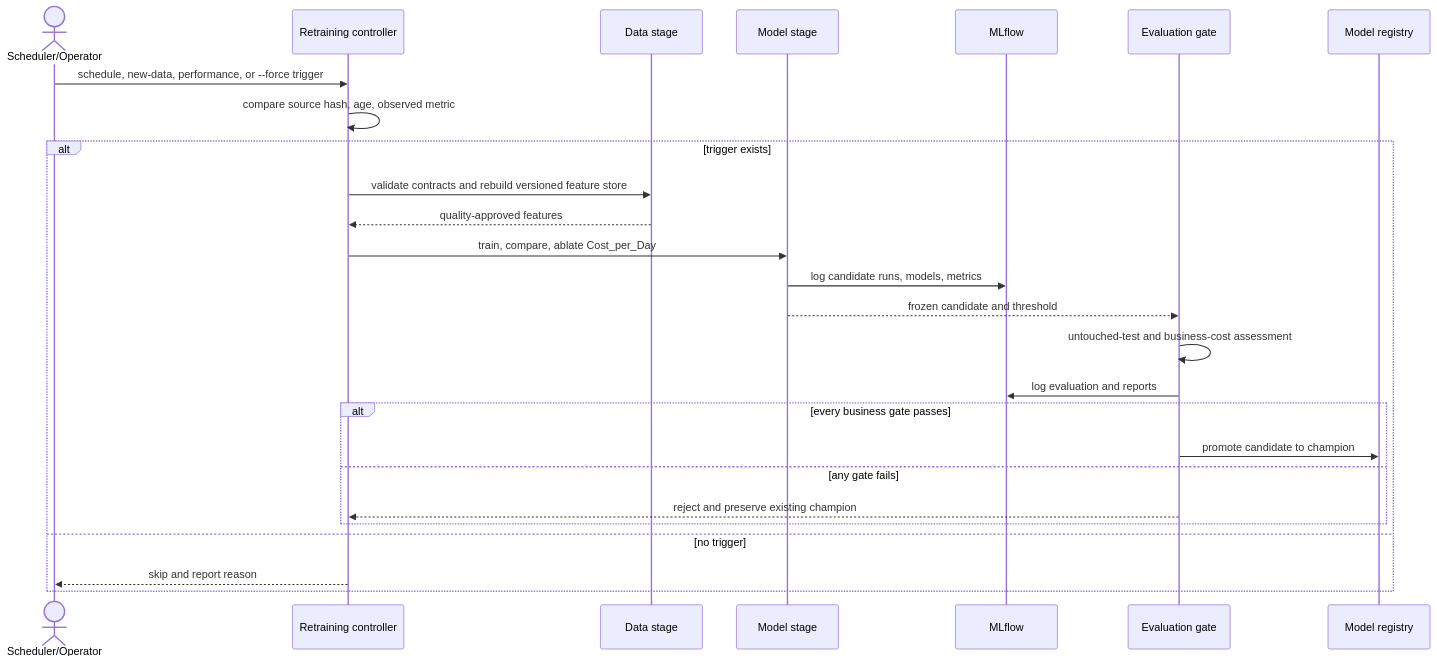
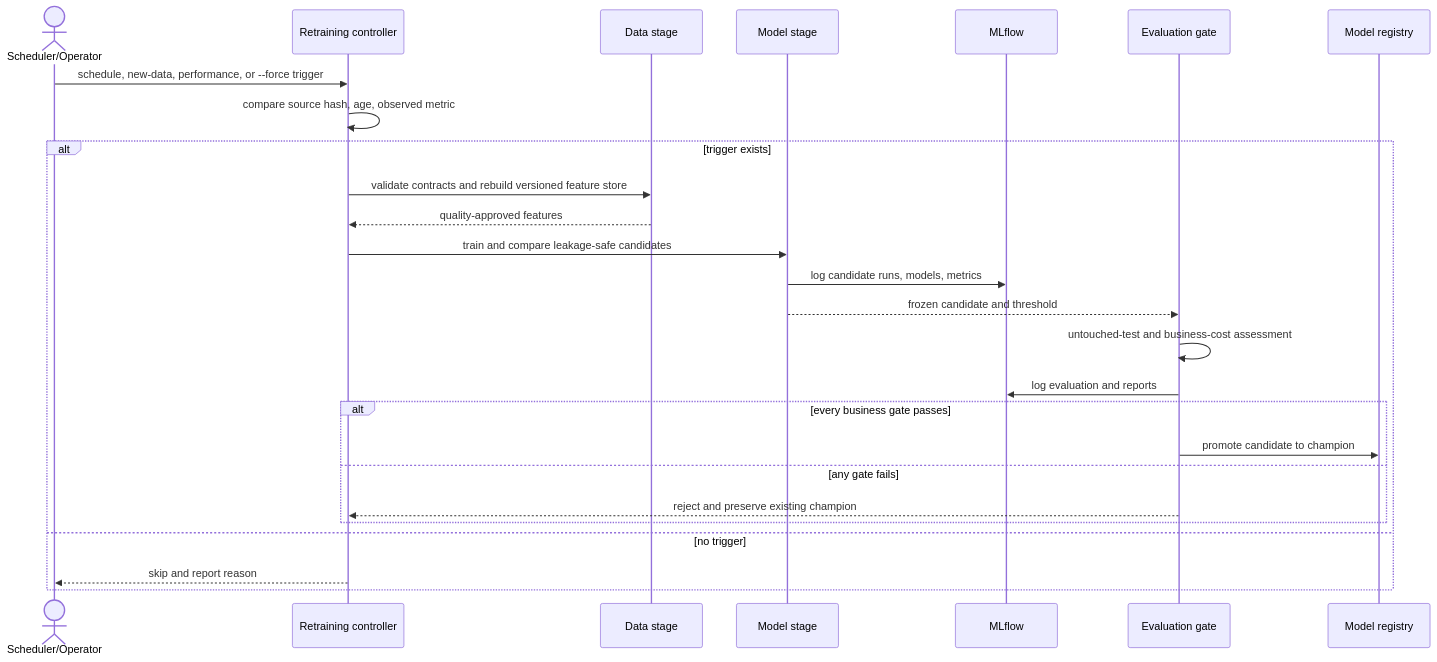
One commit to VivekSinghK14/E-Commerce-Shipping-Prediction changed the fourth of 4 diagrams in docs/architecture.md. Above: the diagram before and after it, drawn with Mermaid. The commit also changed other lines of this file and 134 other files, not shown here.

First line of the commit message:
Replace project with final deployed version and updated diagrams

````diff
--- a/docs/architecture.md
+++ b/docs/architecture.md
@@ -149,29 +208,29 @@
 ```mermaid
 sequenceDiagram
   actor Scheduler as Scheduler/Operator
   participant RT as Retraining controller
   participant DS as Data stage
   participant MS as Model stage
   participant MF as MLflow
   participant EV as Evaluation gate
   participant REG as Model registry
 
   Scheduler->>RT: schedule, new-data, performance, or --force trigger
   RT->>RT: compare source hash, age, observed metric
   alt trigger exists
     RT->>DS: validate contracts and rebuild versioned feature store
     DS-->>RT: quality-approved features
-    RT->>MS: train, compare, ablate Cost_per_Day
+    RT->>MS: train and compare leakage-safe candidates
     MS->>MF: log candidate runs, models, metrics
     MS-->>EV: frozen candidate and threshold
     EV->>EV: untouched-test and business-cost assessment
     EV->>MF: log evaluation and reports
     alt every business gate passes
       EV->>REG: promote candidate to champion
     else any gate fails
       EV-->>RT: reject and preserve existing champion
     end
   else no trigger
     RT-->>Scheduler: skip and report reason
   end
 ```
````
